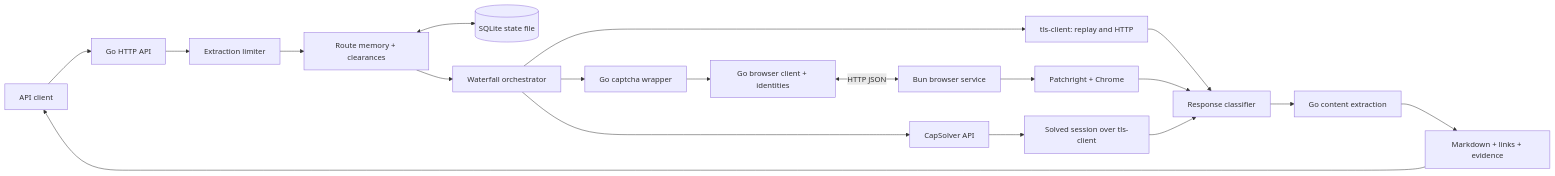
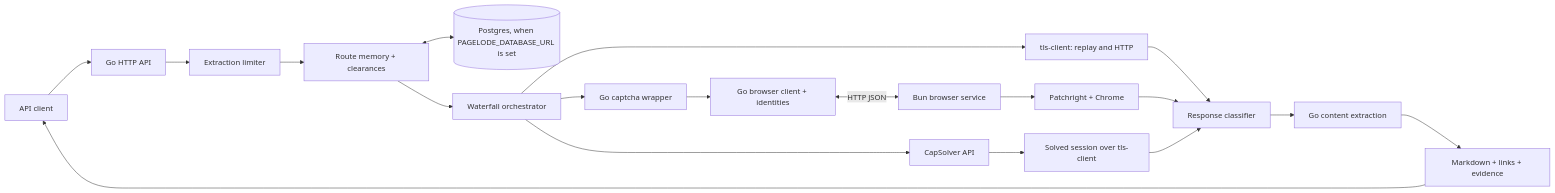
Before and after one commit to simonbalfe/pagelode: the first of 8 diagrams in docs/architecture.md, drawn with Mermaid. The commit also changed other lines of this file and 125 other files, not shown here.

````diff
--- a/docs/architecture.md
+++ b/docs/architecture.md
@@ -17,23 +17,23 @@
 ```mermaid
 flowchart LR
     Caller[API client] --> API[Go HTTP API]
     API --> Limit[Extraction limiter]
     Limit --> Route[Route memory + clearances]
-    Route <--> State[(SQLite state file)]
+    Route <--> State[(Postgres, when PAGELODE_DATABASE_URL is set)]
     Route --> Orchestrator[Waterfall orchestrator]
 
     Orchestrator --> TLS[tls-client: replay and HTTP]
     Orchestrator --> Captcha[Go captcha wrapper]
     Captcha --> Bridge[Go browser client + identities]
     Bridge <-->|HTTP JSON| Service[Bun browser service]
     Service --> Patchright[Patchright + Chrome]
     Orchestrator --> Solver[CapSolver API]
     Solver --> Solved[Solved session over tls-client]
 
     TLS --> Classifier[Response classifier]
     Patchright --> Classifier
     Solved --> Classifier
     Classifier --> Extractor[Go content extraction]
     Extractor --> Result[Markdown + links + evidence]
     Result --> Caller
 ```
````
